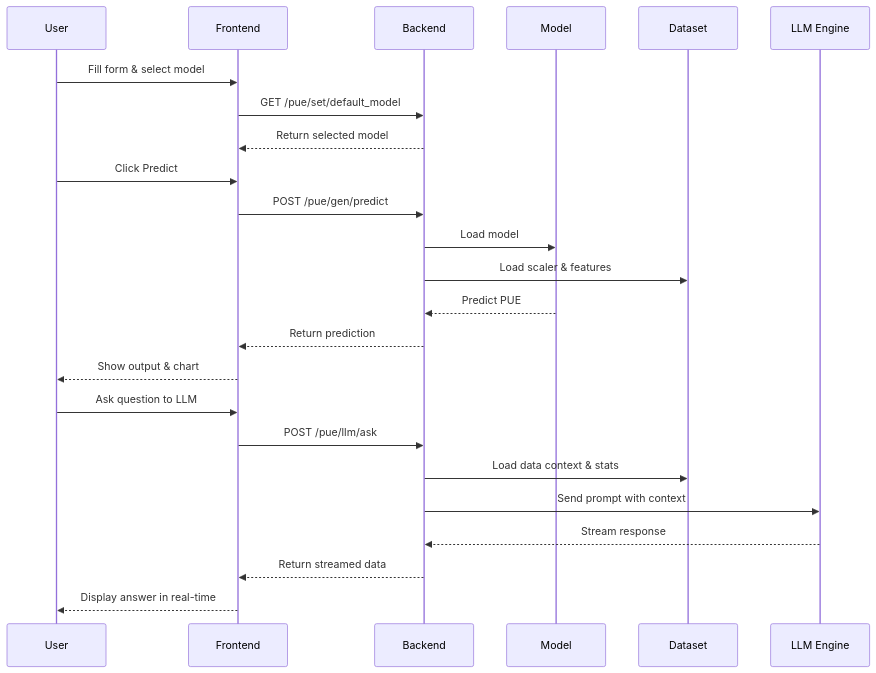
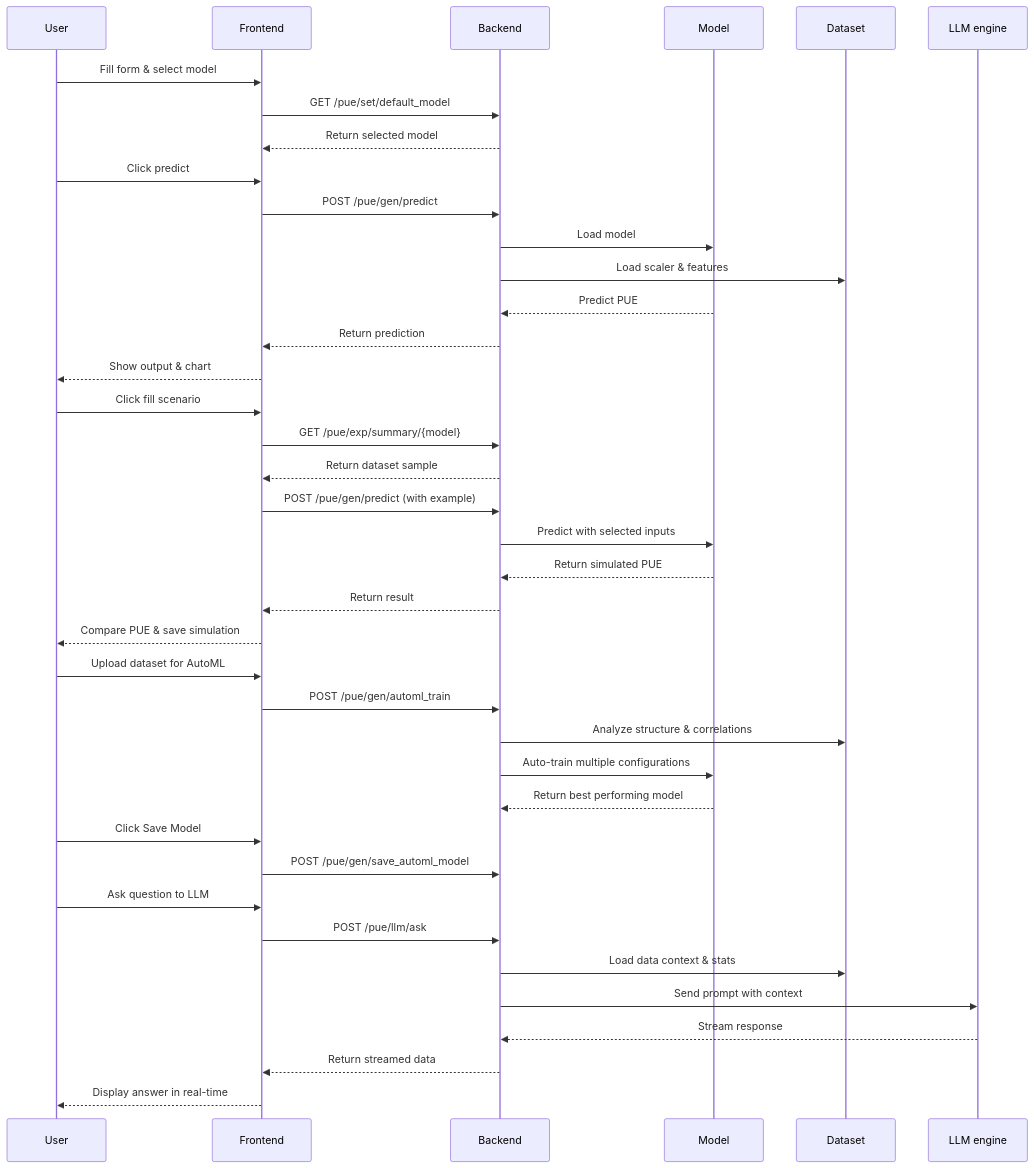
One commit to dflores0806/PULSE changed the second of 2 diagrams in README.md. Above: the diagram before and after it, drawn with Mermaid. The commit also changed other lines of this file and 1 other file, not shown here.

Commit message:
Edited architecture

````diff
--- a/README.md
+++ b/README.md
@@ -256,31 +274,51 @@
 ```mermaid
 sequenceDiagram
     participant User
     participant Frontend
     participant Backend
     participant Model
     participant Dataset
-    participant LLM as LLM Engine
+    participant LLM as LLM engine
 
-    %% PUE Prediction
+    %% Manual Prediction
     User->>Frontend: Fill form & select model
     Frontend->>Backend: GET /pue/set/default_model
     Backend-->>Frontend: Return selected model
 
-    User->>Frontend: Click Predict
+    User->>Frontend: Click predict
     Frontend->>Backend: POST /pue/gen/predict
     Backend->>Model: Load model
     Backend->>Dataset: Load scaler & features
     Model-->>Backend: Predict PUE
     Backend-->>Frontend: Return prediction
     Frontend-->>User: Show output & chart
+
+    %% Scenario Simulation
+    User->>Frontend: Click fill scenario
+    Frontend->>Backend: GET /pue/exp/summary/{model}
+    Backend-->>Frontend: Return dataset sample
+    Frontend->>Backend: POST /pue/gen/predict (with example)
+    Backend->>Model: Predict with selected inputs
+    Model-->>Backend: Return simulated PUE
+    Backend-->>Frontend: Return result
+    Frontend-->>User: Compare PUE & save simulation
+
+    %% AutoML
+    User->>Frontend: Upload dataset for AutoML
+    Frontend->>Backend: POST /pue/gen/automl_train
+    Backend->>Dataset: Analyze structure & correlations
+    Backend->>Model: Auto-train multiple configurations
+    Model-->>Backend: Return best performing model
+    User->>Frontend: Click Save Model
+    Frontend->>Backend: POST /pue/gen/save_automl_model
 
     %% LLM Assistant
     User->>Frontend: Ask question to LLM
     Frontend->>Backend: POST /pue/llm/ask
     Backend->>Dataset: Load data context & stats
     Backend->>LLM: Send prompt with context
     LLM-->>Backend: Stream response
     Backend-->>Frontend: Return streamed data
     Frontend-->>User: Display answer in real-time
+
 ```
````
